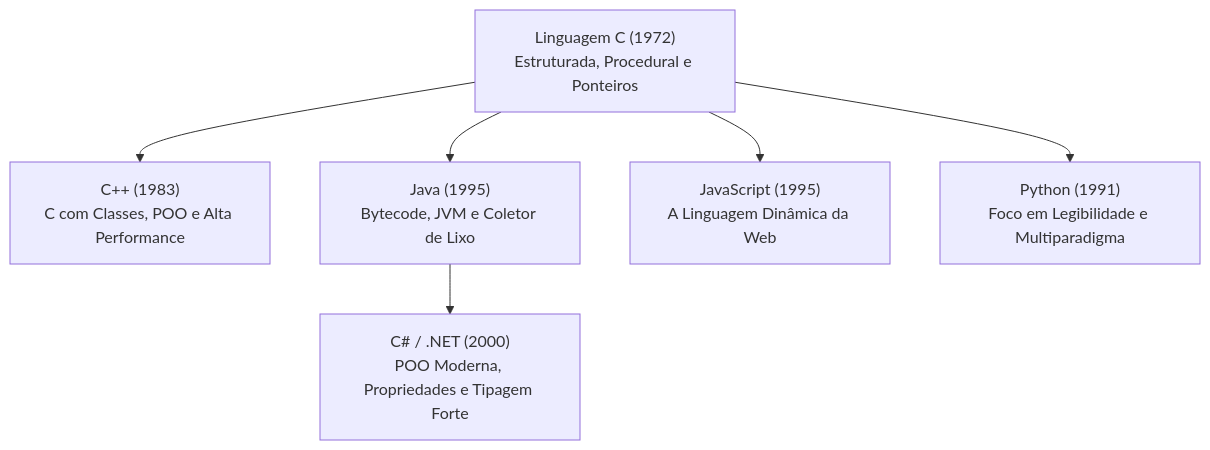
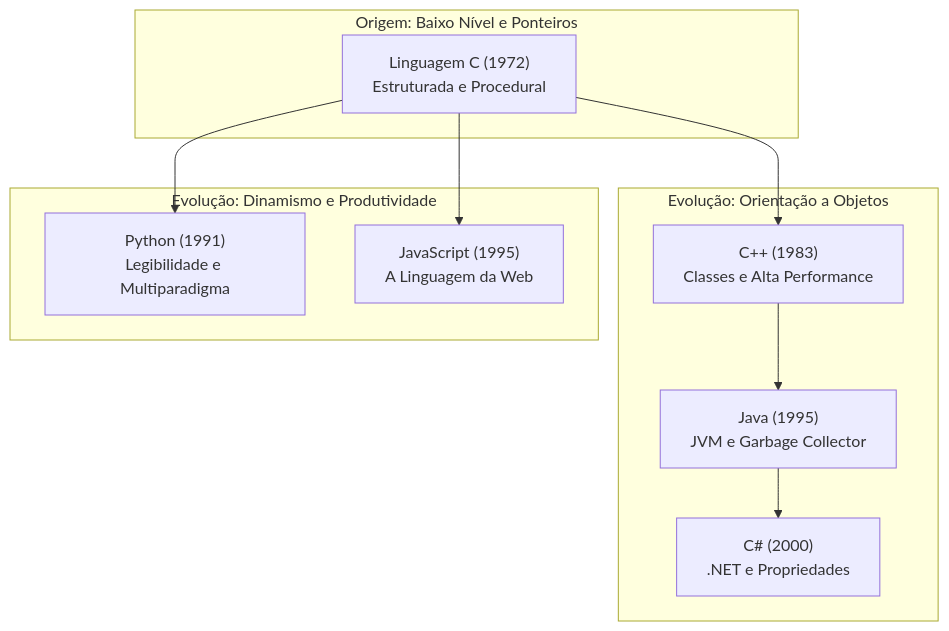
Before and after one commit to leorruas/puc: the first of 2 diagrams in 00. Sintaxe Multilinguagem/00. Evolução das linguagens e genealogia do C (C, C++, Java, C#, JS, Python).md, drawn with Mermaid. The commit also changed 2 other files, not shown here.

Commit message:
refactor(diagrams): audita e refatora todos os diagramas Mermaid para flowchart TD vertical e subgraphs empilhados conforme a Regra 9 estrita

````diff
--- a/00. Sintaxe Multilinguagem/00. Evolução das linguagens e genealogia do C (C, C++, Java, C#, JS, Python).md
+++ b/00. Sintaxe Multilinguagem/00. Evolução das linguagens e genealogia do C (C, C++, Java, C#, JS, Python).md
@@ -37,8 +37,22 @@
 ```mermaid
-graph TD
-    A["Linguagem C (1972)<br>Estruturada, Procedural e Ponteiros"] --> B["C++ (1983)<br>C com Classes, POO e Alta Performance"]
-    A --> C["Java (1995)<br>Bytecode, JVM e Coletor de Lixo"]
-    C --> D["C# / .NET (2000)<br>POO Moderna, Propriedades e Tipagem Forte"]
-    A --> E["JavaScript (1995)<br>A Linguagem Dinâmica da Web"]
-    A --> F["Python (1991)<br>Foco em Legibilidade e Multiparadigma"]
+flowchart TD
+    subgraph Raiz ["Origem: Baixo Nível e Ponteiros"]
+        C["Linguagem C (1972)<br>Estruturada e Procedural"]
+    end
+
+    subgraph RamoPOO ["Evolução: Orientação a Objetos"]
+        CPP["C++ (1983)<br>Classes e Alta Performance"]
+        JAVA["Java (1995)<br>JVM e Garbage Collector"]
+        CSHARP["C# (2000)<br>.NET e Propriedades"]
+        C --> CPP
+        CPP --> JAVA
+        JAVA --> CSHARP
+    end
+
+    subgraph RamoDinamico ["Evolução: Dinamismo e Produtividade"]
+        PYTHON["Python (1991)<br>Legibilidade e Multiparadigma"]
+        JS["JavaScript (1995)<br>A Linguagem da Web"]
+        C --> PYTHON
+        C --> JS
+    end
 ```
````
